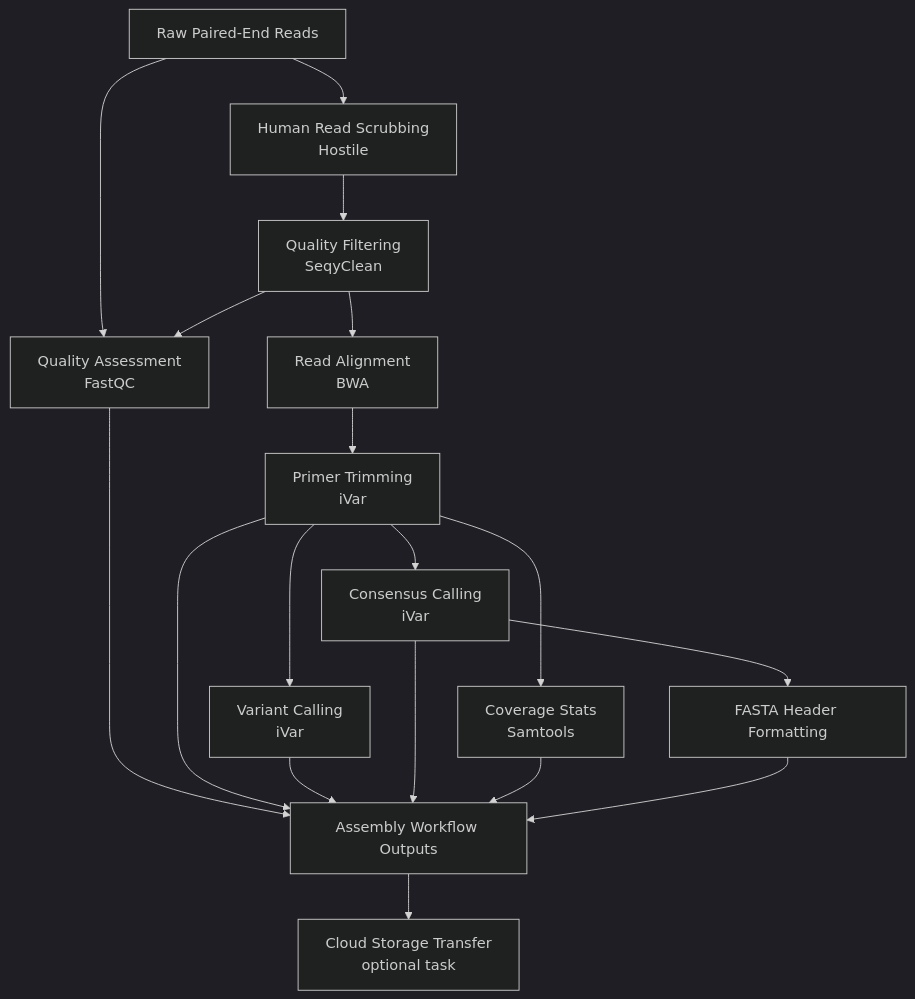
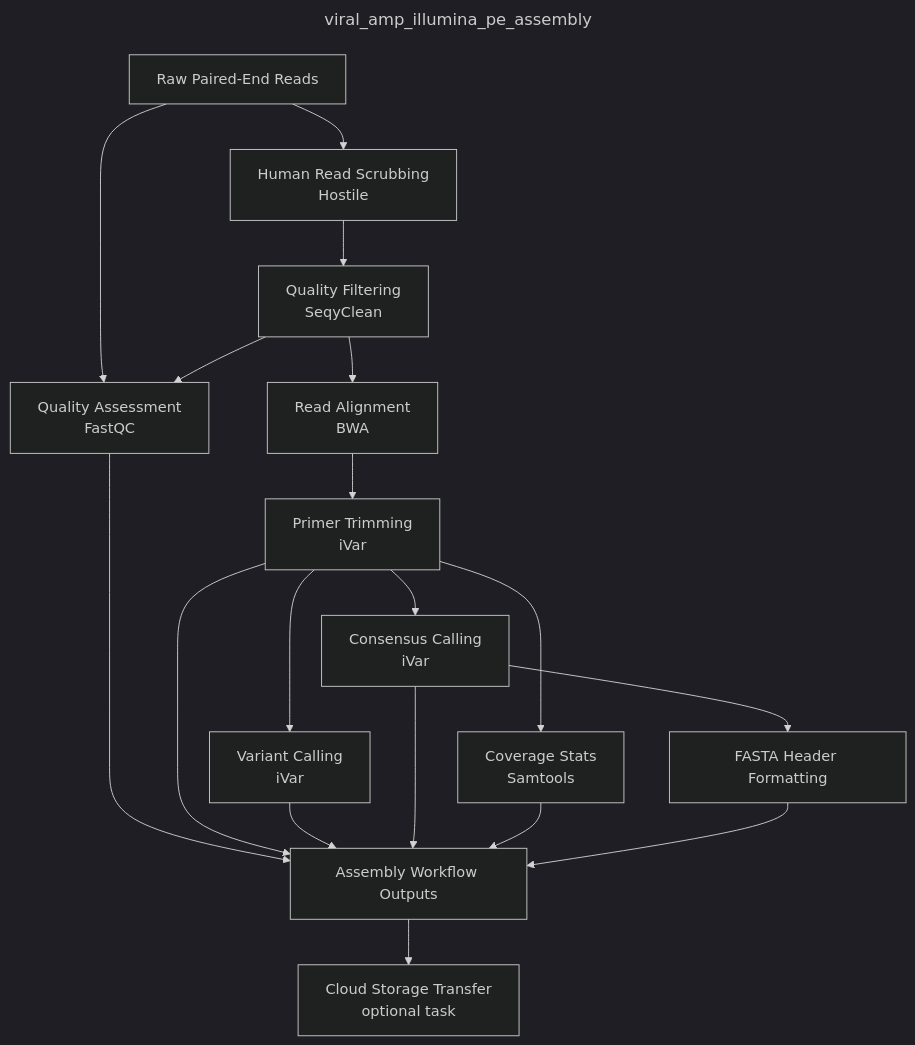
Before and after one commit to CDPHE-bioinformatics/CDPHE-Viral-Amplicon-WDL: the first of 3 diagrams in README.md, drawn with Mermaid (dark theme). The commit also changed other lines of this file, not shown here.

````diff
--- a/README.md
+++ b/README.md
@@ -27,14 +27,17 @@
 ```mermaid
+---
+title: viral_amp_illumina_pe_assembly
+---
 graph TD
     A[Raw Paired-End Reads] --> B[Human Read Scrubbing<br/>Hostile]
     B --> C[Quality Filtering<br/>SeqyClean]
     A & C --> D[Quality Assessment<br/>FastQC]
     C --> E[Read Alignment<br/>BWA]
     E --> F[Primer Trimming<br/>iVar]
     F --> G[Variant Calling<br/>iVar]
     F --> H[Consensus Calling<br/>iVar]
     F --> I[Coverage Stats<br/>Samtools]
     H --> J[FASTA Header Formatting]
     D & F & G & H & I & J --> K[Assembly Workflow Outputs]
     K --> L[Cloud Storage Transfer<br/>optional task]
 ```
````
